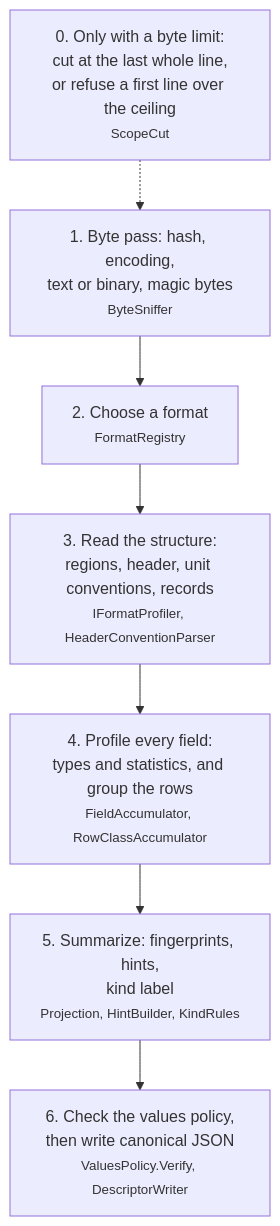
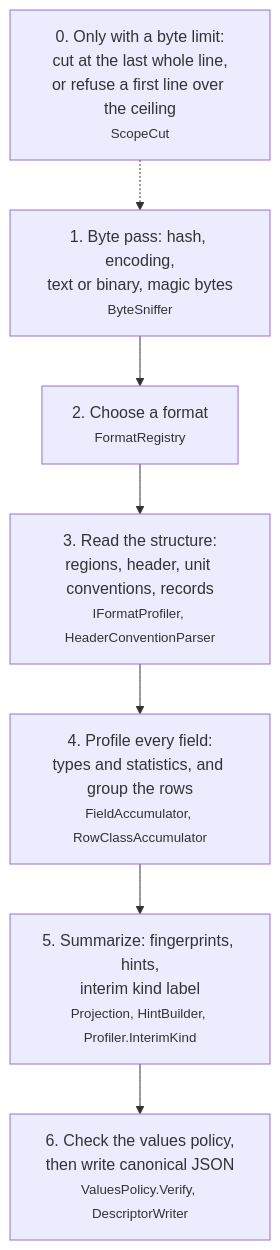
One commit to squalor-xyz/squalify changed the second of 32 diagrams in docs/how-it-works.md. Above: the diagram before and after it, drawn with Mermaid. The commit also changed other lines of this file and 15 other files, not shown here.

````diff
--- a/docs/how-it-works.md
+++ b/docs/how-it-works.md
@@ -28,9 +28,9 @@
 ```mermaid
 flowchart TD
     Z["0. Only with a byte limit:<br/>cut at the last whole line,<br/>or refuse a first line over the ceiling<br/><small>ScopeCut</small>"] -.-> A
     A["1. Byte pass: hash, encoding,<br/>text or binary, magic bytes<br/><small>ByteSniffer</small>"] --> B["2. Choose a format<br/><small>FormatRegistry</small>"]
     B --> C["3. Read the structure:<br/>regions, header, unit conventions, records<br/><small>IFormatProfiler, HeaderConventionParser</small>"]
     C --> D["4. Profile every field:<br/>types and statistics, and group the rows<br/><small>FieldAccumulator, RowClassAccumulator</small>"]
-    D --> E["5. Summarize: fingerprints, hints,<br/>kind label<br/><small>Projection, HintBuilder, KindRules</small>"]
+    D --> E["5. Summarize: fingerprints, hints,<br/>interim kind label<br/><small>Projection, HintBuilder, Profiler.InterimKind</small>"]
     E --> F["6. Check the values policy,<br/>then write canonical JSON<br/><small>ValuesPolicy.Verify, DescriptorWriter</small>"]
 ```
````
